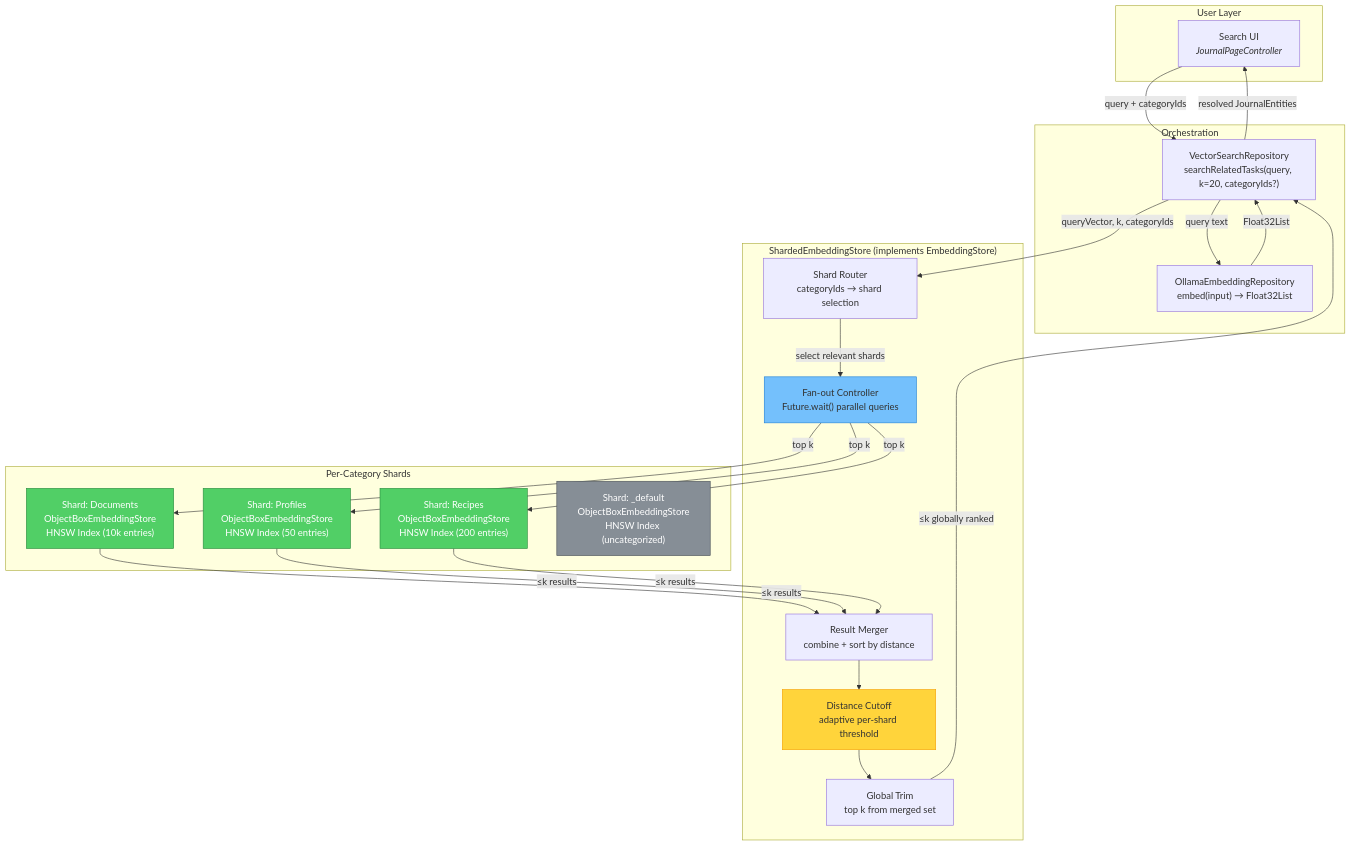
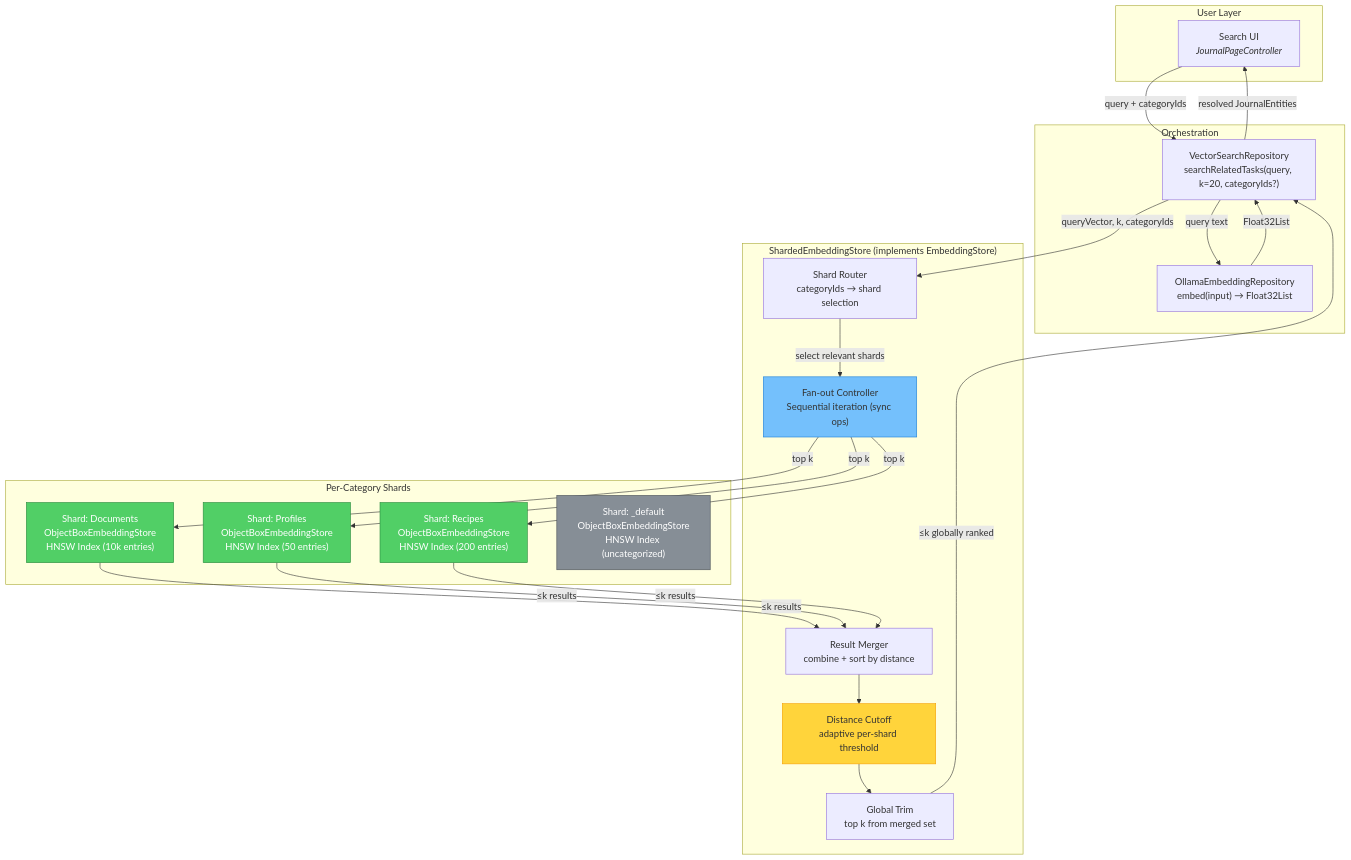
Before and after one commit to matthiasn/lotti: the fourth of 27 diagrams in docs/implementation_plans/2026-03-07_sharded_vector_search.md, drawn with Mermaid. The commit also changed other lines of this file, not shown here.

````diff
--- a/docs/implementation_plans/2026-03-07_sharded_vector_search.md
+++ b/docs/implementation_plans/2026-03-07_sharded_vector_search.md
@@ -127,49 +127,49 @@
 ```mermaid
 graph TD
     subgraph User Layer
         UI["Search UI<br/><i>JournalPageController</i>"]
     end
 
     subgraph Orchestration
         VSR["VectorSearchRepository<br/>searchRelatedTasks(query, k=20, categoryIds?)"]
         OER["OllamaEmbeddingRepository<br/>embed(input) → Float32List"]
     end
 
     subgraph "ShardedEmbeddingStore (implements EmbeddingStore)"
         ROUTER["Shard Router<br/>categoryIds → shard selection"]
-        FANOUT["Fan-out Controller<br/>Future.wait() parallel queries"]
+        FANOUT["Fan-out Controller<br/>Sequential iteration (sync ops)"]
         MERGE["Result Merger<br/>combine + sort by distance"]
         CUTOFF["Distance Cutoff<br/>adaptive per-shard threshold"]
         TRIM["Global Trim<br/>top k from merged set"]
     end
 
     subgraph "Per-Category Shards"
         SA["Shard: Documents<br/>ObjectBoxEmbeddingStore<br/>HNSW Index (10k entries)"]
         SB["Shard: Profiles<br/>ObjectBoxEmbeddingStore<br/>HNSW Index (50 entries)"]
         SC["Shard: Recipes<br/>ObjectBoxEmbeddingStore<br/>HNSW Index (200 entries)"]
         SD["Shard: _default<br/>ObjectBoxEmbeddingStore<br/>HNSW Index (uncategorized)"]
     end
 
     UI -->|"query + categoryIds"| VSR
     VSR -->|"query text"| OER
     OER -->|"Float32List"| VSR
     VSR -->|"queryVector, k, categoryIds"| ROUTER
     ROUTER -->|"select relevant shards"| FANOUT
     FANOUT -->|"top k"| SA
     FANOUT -->|"top k"| SB
     FANOUT -->|"top k"| SC
     SA -->|"≤k results"| MERGE
     SB -->|"≤k results"| MERGE
     SC -->|"≤k results"| MERGE
     MERGE --> CUTOFF
     CUTOFF --> TRIM
     TRIM -->|"≤k globally ranked"| VSR
     VSR -->|"resolved JournalEntities"| UI
 
     style SA fill:#51cf66,stroke:#2b8a3e,color:#fff
     style SB fill:#51cf66,stroke:#2b8a3e,color:#fff
     style SC fill:#51cf66,stroke:#2b8a3e,color:#fff
     style SD fill:#868e96,stroke:#495057,color:#fff
     style CUTOFF fill:#ffd43b,stroke:#f59f00
     style FANOUT fill:#74c0fc,stroke:#1c7ed6
 ```
````
